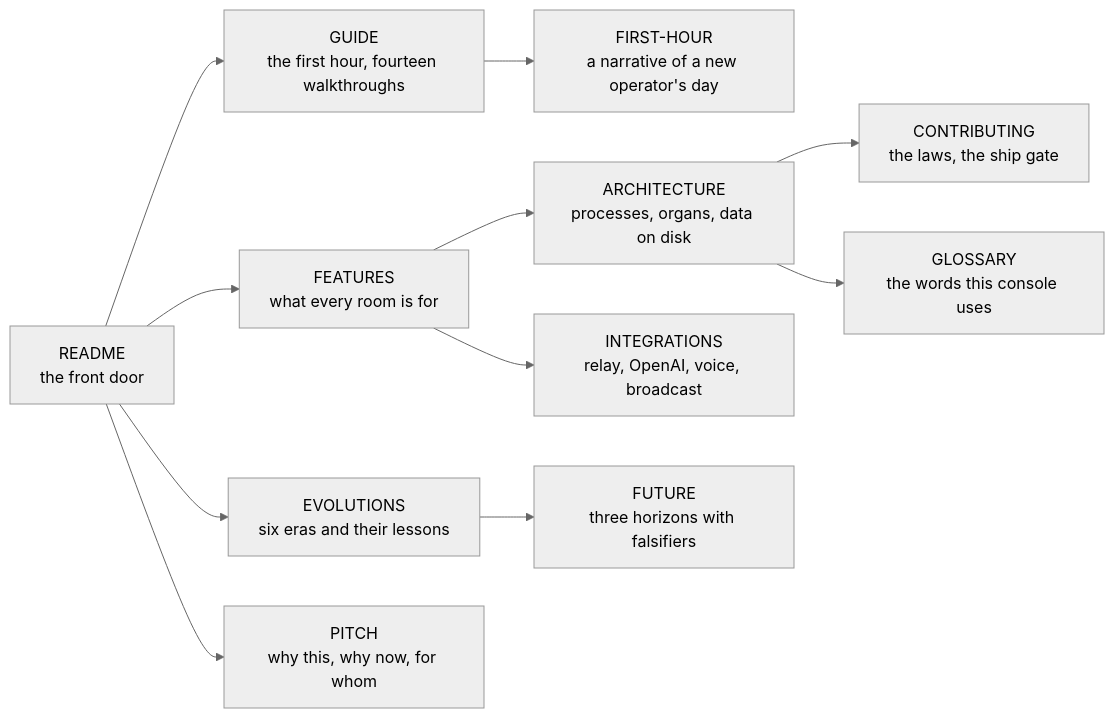
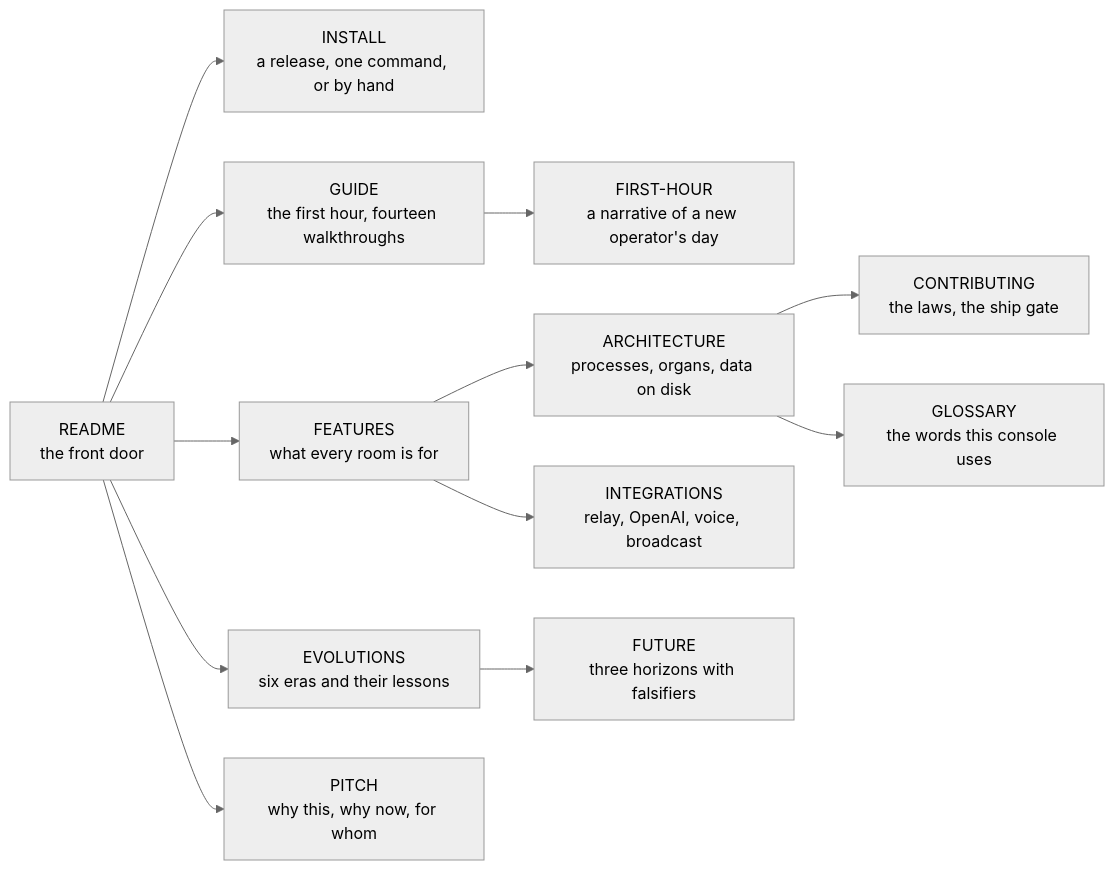
The first of 3 diagrams in docs/README.md (InitiumBuilders/CortexInsight-Public), drawn with Mermaid (neutral theme) before and after one commit. The commit also changed other lines of this file and 12 other files, not shown here.

````diff
--- a/docs/README.md
+++ b/docs/README.md
@@ -7,13 +7,14 @@
 ```mermaid
 flowchart LR
-  R[README<br/>the front door] --> G[GUIDE<br/>the first hour, fourteen walkthroughs]
+  R[README<br/>the front door] --> N[INSTALL<br/>a release, one command, or by hand]
+  R --> G[GUIDE<br/>the first hour, fourteen walkthroughs]
   R --> F[FEATURES<br/>what every room is for]
   G --> H[FIRST-HOUR<br/>a narrative of a new operator's day]
   F --> A[ARCHITECTURE<br/>processes, organs, data on disk]
   A --> C[CONTRIBUTING<br/>the laws, the ship gate]
   F --> I[INTEGRATIONS<br/>relay, OpenAI, voice, broadcast]
   R --> E[EVOLUTIONS<br/>six eras and their lessons]
   E --> U[FUTURE<br/>three horizons with falsifiers]
   R --> P[PITCH<br/>why this, why now, for whom]
   A --> L[GLOSSARY<br/>the words this console uses]
 ```
````
